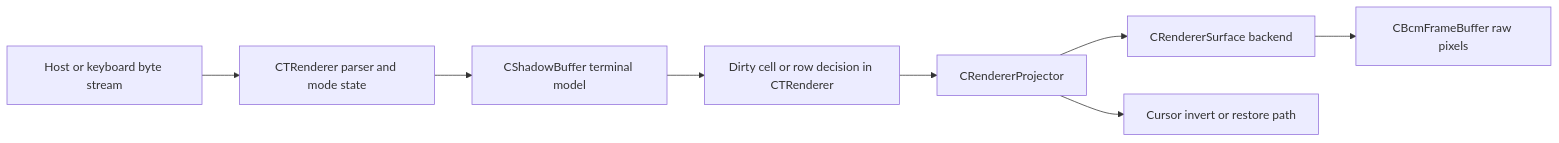
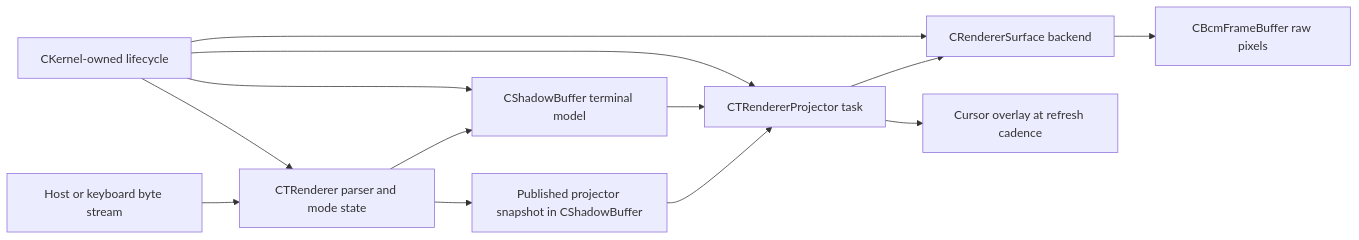
One commit to rzuehlsd/PiZero_VT100 changed the fourth of 4 diagrams in VT100/docs/VT100_Architecture.md. Above: the diagram before and after it, drawn with Mermaid. The commit also changed other lines of this file and 13 other files, not shown here.

First line of the commit message:
VT100: move renderer projection to kernel-owned shadow stack

````diff
--- a/VT100/docs/VT100_Architecture.md
+++ b/VT100/docs/VT100_Architecture.md
@@ -383,10 +406,15 @@
 ```mermaid
 flowchart LR
-  Input[Host or keyboard byte stream] --> Parser[CTRenderer parser and mode state]
+  Kernel[CKernel-owned lifecycle] --> Parser[CTRenderer parser and mode state]
+  Kernel --> Shadow[CShadowBuffer terminal model]
+  Kernel --> Projector[CTRendererProjector task]
+  Kernel --> Surface[CRendererSurface backend]
+  Input[Host or keyboard byte stream] --> Parser
   Parser --> Shadow[CShadowBuffer terminal model]
-  Shadow --> Dirty[Dirty cell or row decision in CTRenderer]
-  Dirty --> Projector[CRendererProjector]
-  Projector --> Surface[CRendererSurface backend]
+  Parser --> Snapshot[Published projector snapshot in CShadowBuffer]
+  Shadow --> Projector
+  Snapshot --> Projector
+  Projector --> Surface
   Surface --> Framebuffer[CBcmFrameBuffer raw pixels]
-  Projector --> Cursor[Cursor invert or restore path]
+  Projector --> Cursor[Cursor overlay at refresh cadence]
 ```
````
